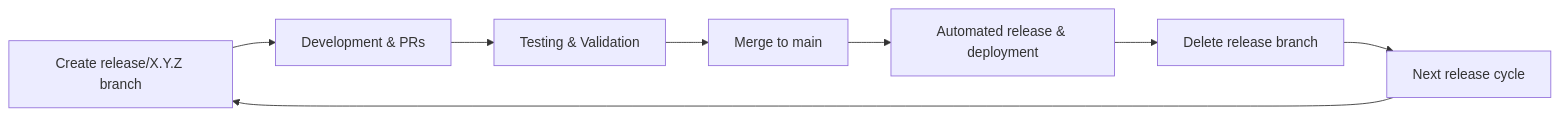
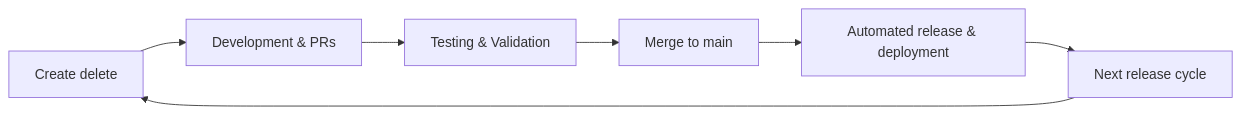
The first of 2 diagrams in process/release-branching-strategy.md (fairpm/tsc), drawn with Mermaid before and after one commit. The commit also changed other lines of this file, not shown here.

Commit message:
update to reflect persistent `develop` branch

````diff
--- a/process/release-branching-strategy.md
+++ b/process/release-branching-strategy.md
@@ -16,10 +17,9 @@
 ```mermaid
 flowchart LR
-    A[Create release/X.Y.Z branch] --> B[Development & PRs]
+    A[Create delete] --> B[Development & PRs]
     B --> C[Testing & Validation]
     C --> D[Merge to main]
     D --> E[Automated release & deployment]
-    E --> F[Delete release branch]
-    F --> G[Next release cycle]
-    G --> A
+    E --> F[Next release cycle]
+    F --> A
 ```
````
